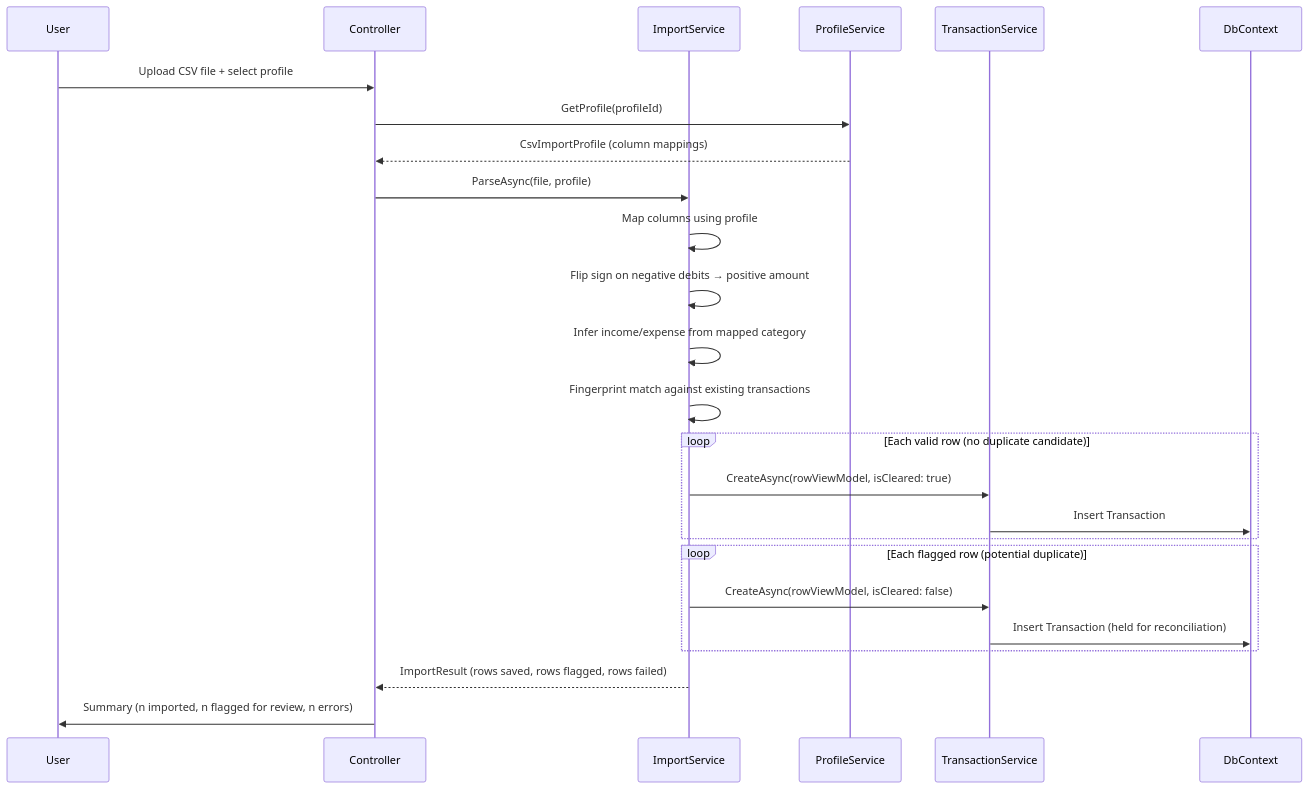
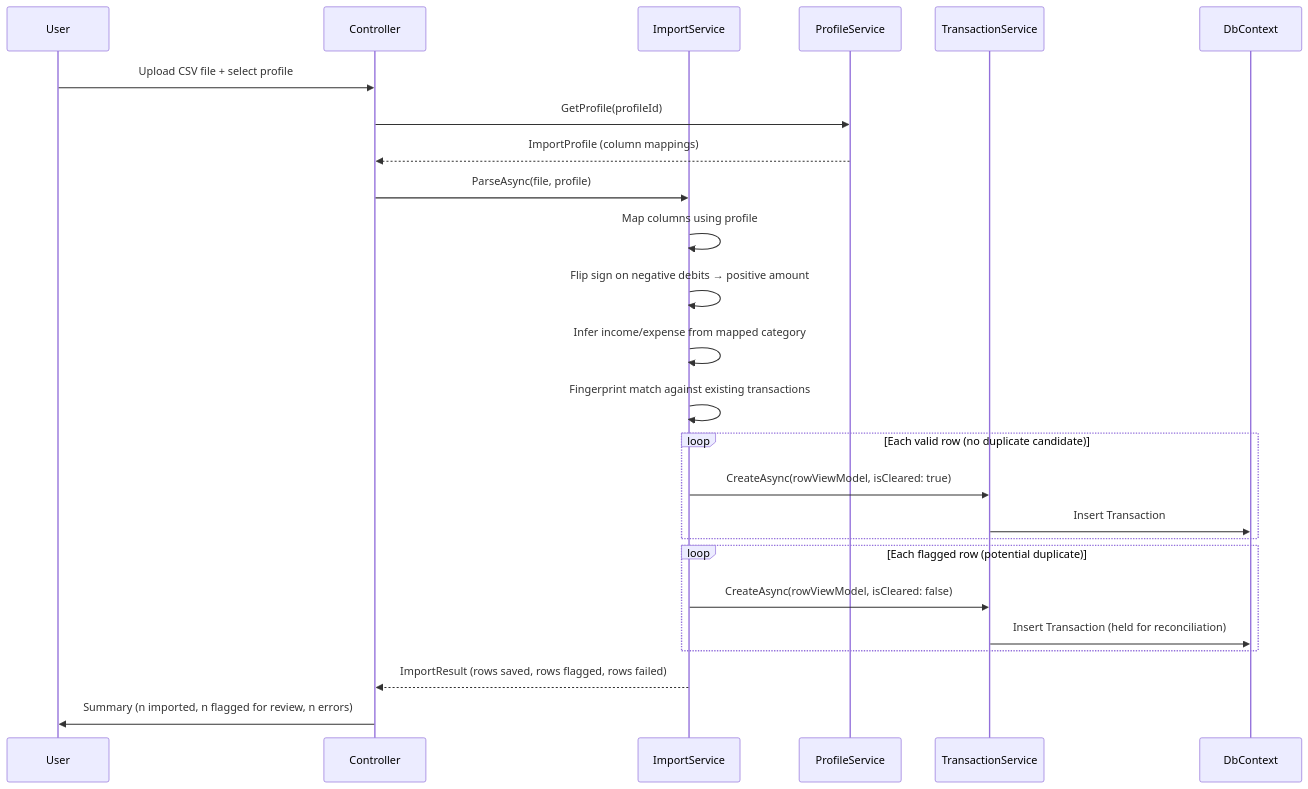
Before and after one commit to marcellh93/ceres-finance-tracker: the first of 2 diagrams in docs/planning-phase2.md, drawn with Mermaid. The commit also changed other lines of this file and 6 other files, not shown here.

````diff
--- a/docs/planning-phase2.md
+++ b/docs/planning-phase2.md
@@ -74,28 +74,28 @@
 ```mermaid
 sequenceDiagram
     participant User
     participant Controller
     participant ImportService
     participant ProfileService
     participant TransactionService
     participant DbContext
 
     User->>Controller: Upload CSV file + select profile
     Controller->>ProfileService: GetProfile(profileId)
-    ProfileService-->>Controller: CsvImportProfile (column mappings)
+    ProfileService-->>Controller: ImportProfile (column mappings)
     Controller->>ImportService: ParseAsync(file, profile)
     ImportService->>ImportService: Map columns using profile
     ImportService->>ImportService: Flip sign on negative debits → positive amount
     ImportService->>ImportService: Infer income/expense from mapped category
     ImportService->>ImportService: Fingerprint match against existing transactions
     loop Each valid row (no duplicate candidate)
         ImportService->>TransactionService: CreateAsync(rowViewModel, isCleared: true)
         TransactionService->>DbContext: Insert Transaction
     end
     loop Each flagged row (potential duplicate)
         ImportService->>TransactionService: CreateAsync(rowViewModel, isCleared: false)
         TransactionService->>DbContext: Insert Transaction (held for reconciliation)
     end
     ImportService-->>Controller: ImportResult (rows saved, rows flagged, rows failed)
     Controller->>User: Summary (n imported, n flagged for review, n errors)
 ```
````
